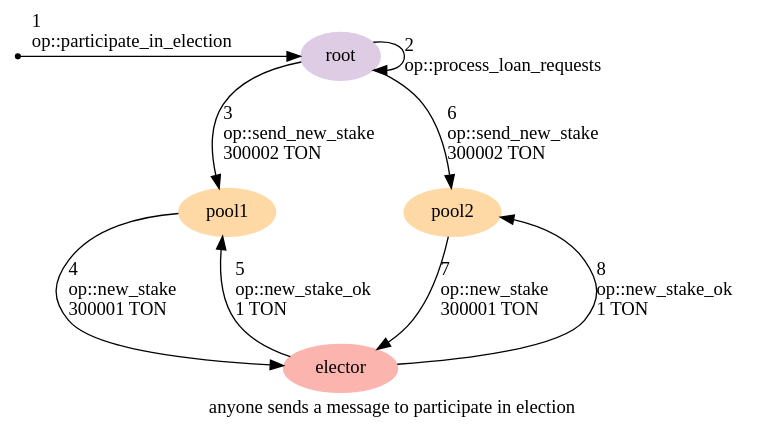
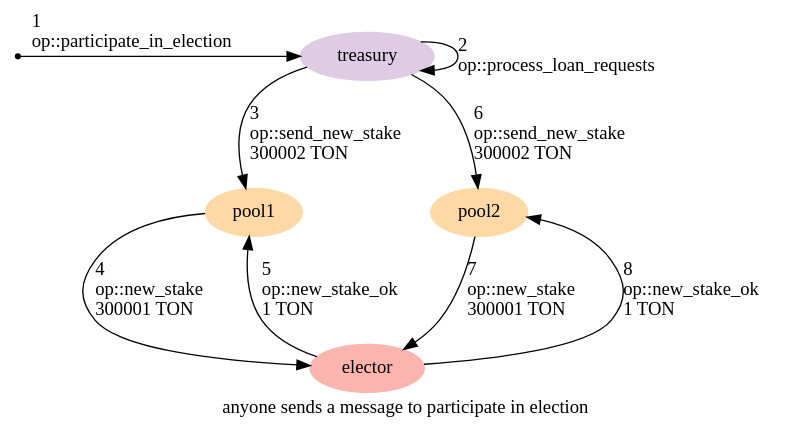
One commit to HipoFinance/contract changed the diagram in graphs/07-participate-in-election.dot. Above: the diagram before and after it, drawn with Graphviz. The commit also changed 23 other files, not shown here.

Commit message:
Rename root to treasury

```diff
--- a/graphs/07-participate-in-election.dot
+++ b/graphs/07-participate-in-election.dot
@@ -1,24 +1,24 @@
 digraph {
     label="anyone sends a message to participate in election"
     node [ colorscheme=pastel19 style=filled ]
 
     /* Entities */
     external [ shape=point ]
-    root [ color=4 ]
+    treasury [ color=4 ]
     pool1, pool2 [ color=5 ]
     elector [ color=1 ]
 
     /* Relationships */
-    external -> root [ label="1\l op::participate_in_election\l" ]
-    root -> root [ label="2\l op::process_loan_requests\l" ]
-    root -> pool1 [ label="3\l op::send_new_stake\l 300002 TON\l" ]
+    external -> treasury [ label="1\l op::participate_in_election\l" ]
+    treasury -> treasury [ label="2\l op::process_loan_requests\l" ]
+    treasury -> pool1 [ label="3\l op::send_new_stake\l 300002 TON\l" ]
     pool1 -> elector [ label="4\l op::new_stake\l 300001 TON\l" ]
     elector -> pool1 [ label="5\l op::new_stake_ok\l 1 TON\l" ]
-    root -> pool2 [ label="6\l op::send_new_stake\l 300002 TON\l" ]
+    treasury -> pool2 [ label="6\l op::send_new_stake\l 300002 TON\l" ]
     pool2 -> elector [ label="7\l op::new_stake\l 300001 TON\l" ]
     elector -> pool2 [ label="8\l op::new_stake_ok\l 1 TON\l" ]
 
     /* Ranks */
-    { rank=min external root }
+    { rank=min external treasury }
     { rank=max elector }
 }
```
